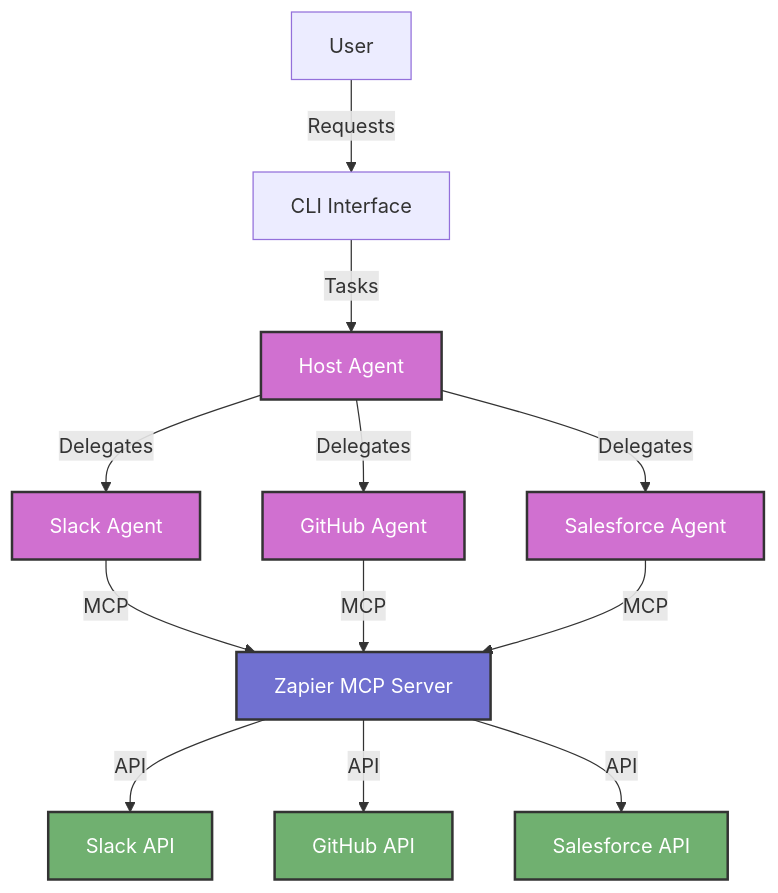
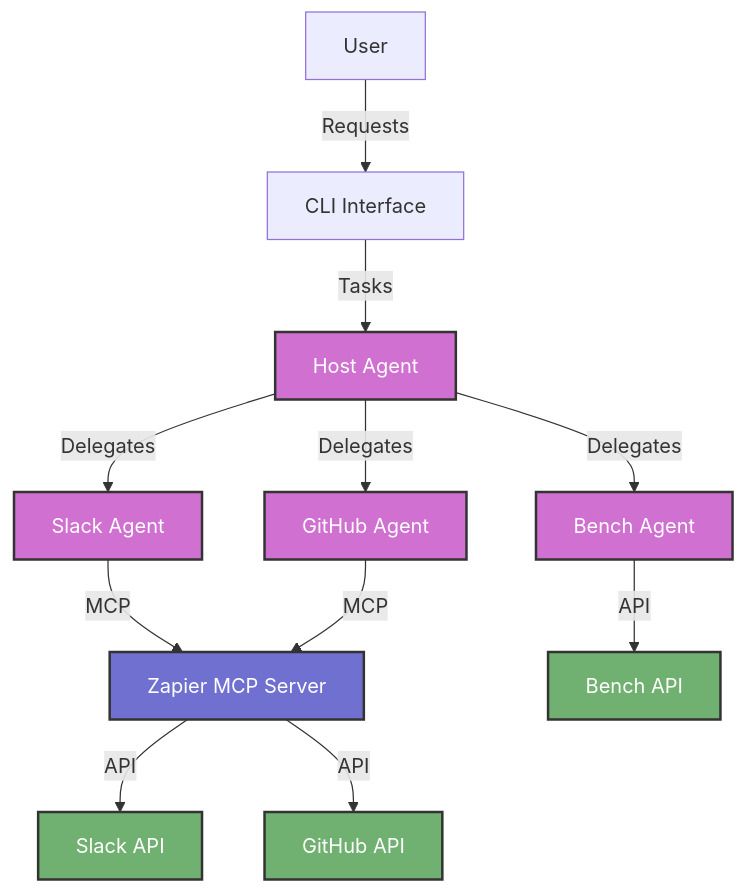
One commit to DamienBench/a2a-mcp-webhook-workshop changed the first of 3 diagrams in README.md. Above: the diagram before and after it, drawn with Mermaid. The commit also changed other lines of this file and 58 other files, not shown here.

````diff
--- a/README.md
+++ b/README.md
@@ -37,24 +46,23 @@
 ```mermaid
 graph TD
     User[User] -->|Requests| CLI[CLI Interface]
     CLI -->|Tasks| Host[Host Agent]
     Host -->|Delegates| SlackAgent[Slack Agent]
     Host -->|Delegates| GitHubAgent[GitHub Agent]
-    Host -->|Delegates| SalesforceAgent[Salesforce Agent]
+    Host -->|Delegates| BenchAgent[Bench Agent]
     
     SlackAgent -->|MCP| Zapier[Zapier MCP Server]
     GitHubAgent -->|MCP| Zapier
-    SalesforceAgent -->|MCP| Zapier
+    BenchAgent -->|API| BenchAPI[Bench API]
     
     Zapier -->|API| SlackAPI[Slack API]
     Zapier -->|API| GitHubAPI[GitHub API]
-    Zapier -->|API| SalesforceAPI[Salesforce API]
     
-    class Host,SlackAgent,GitHubAgent,SalesforceAgent agent;
+    class Host,SlackAgent,GitHubAgent,BenchAgent agent;
     class Zapier middleware;
-    class SlackAPI,GitHubAPI,SalesforceAPI external;
+    class SlackAPI,GitHubAPI,BenchAPI external;
     
     classDef agent fill:#d070d0,stroke:#333,stroke-width:2px,color:#fff;
     classDef middleware fill:#7070d0,stroke:#333,stroke-width:2px,color:#fff;
     classDef external fill:#70b070,stroke:#333,stroke-width:2px,color:#fff;
 ```
````
